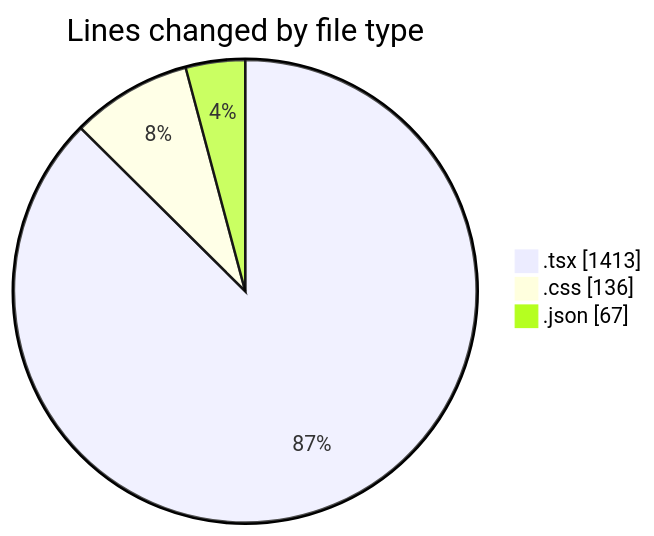
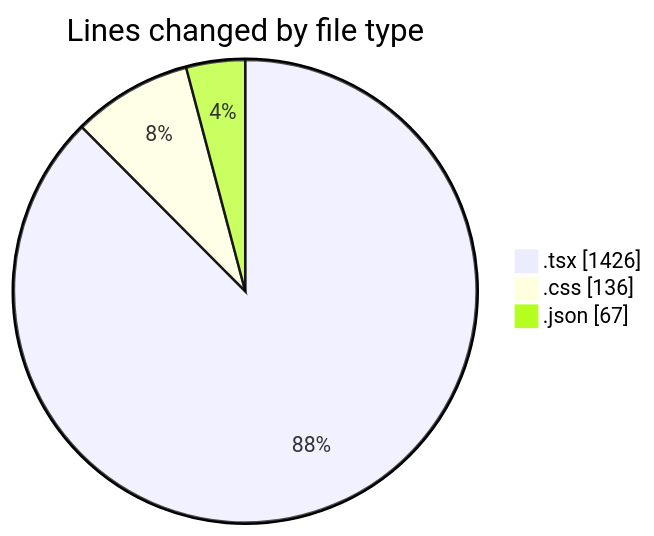
The first of 2 diagrams in 2025-01-08/mbc-web/README.md (robertbonfada/code-tracking), drawn with Mermaid before and after one commit. The commit also changed other lines of this file and 1 other file, not shown here.

````diff
--- a/2025-01-08/mbc-web/README.md
+++ b/2025-01-08/mbc-web/README.md
@@ -34,7 +34,7 @@
 ```mermaid
 pie showData
 title Lines changed by file type
-".tsx" : 1413
+".tsx" : 1426
 ".css" : 136
 ".json" : 67
 ```
````
